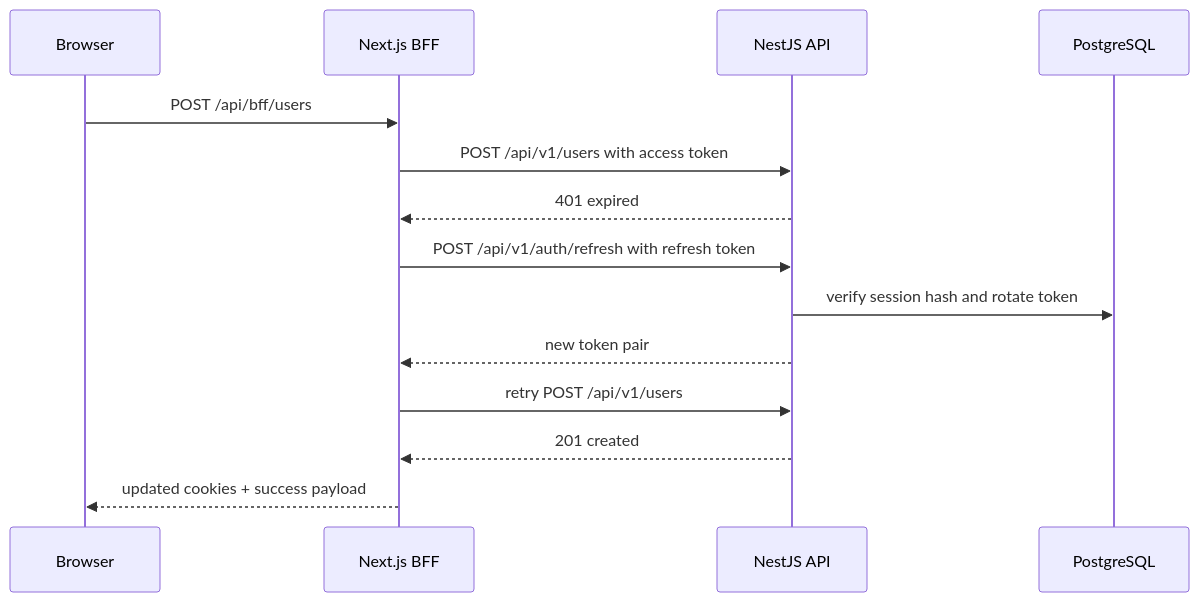
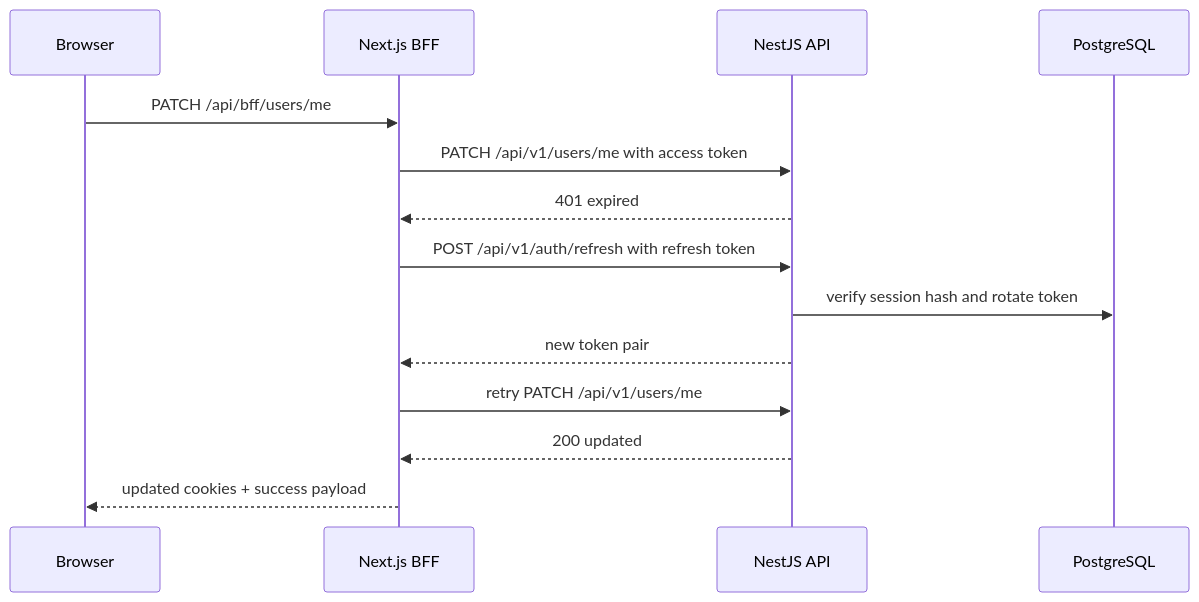
The first of 2 diagrams in docs/authentication.md (2tsoftwareapp/super-template), drawn with Mermaid before and after one commit. The commit also changed other lines of this file and 16 other files, not shown here.

````diff
--- a/docs/authentication.md
+++ b/docs/authentication.md
@@ -48,17 +48,17 @@
 ```mermaid
 sequenceDiagram
   participant Browser
   participant BFF as Next.js BFF
   participant API as NestJS API
   participant DB as PostgreSQL
 
-  Browser->>BFF: POST /api/bff/users
-  BFF->>API: POST /api/v1/users with access token
+  Browser->>BFF: PATCH /api/bff/users/me
+  BFF->>API: PATCH /api/v1/users/me with access token
   API-->>BFF: 401 expired
   BFF->>API: POST /api/v1/auth/refresh with refresh token
   API->>DB: verify session hash and rotate token
   API-->>BFF: new token pair
-  BFF->>API: retry POST /api/v1/users
-  API-->>BFF: 201 created
+  BFF->>API: retry PATCH /api/v1/users/me
+  API-->>BFF: 200 updated
   BFF-->>Browser: updated cookies + success payload
 ```
````
